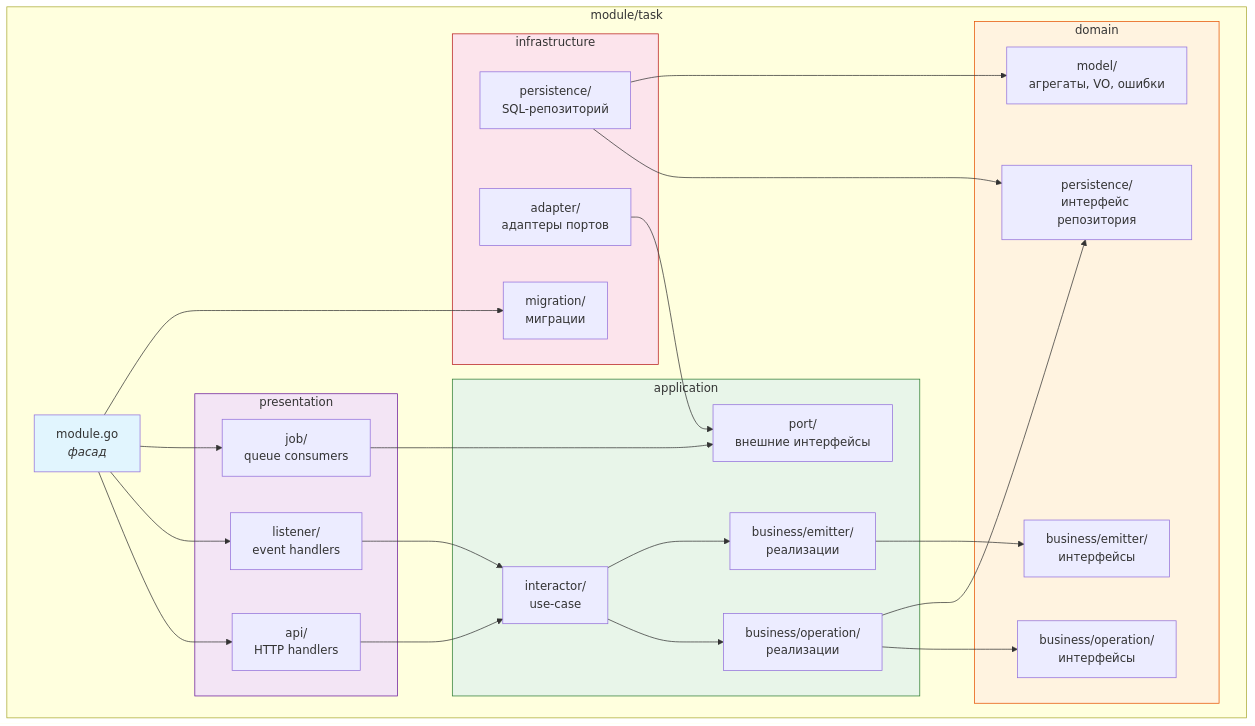
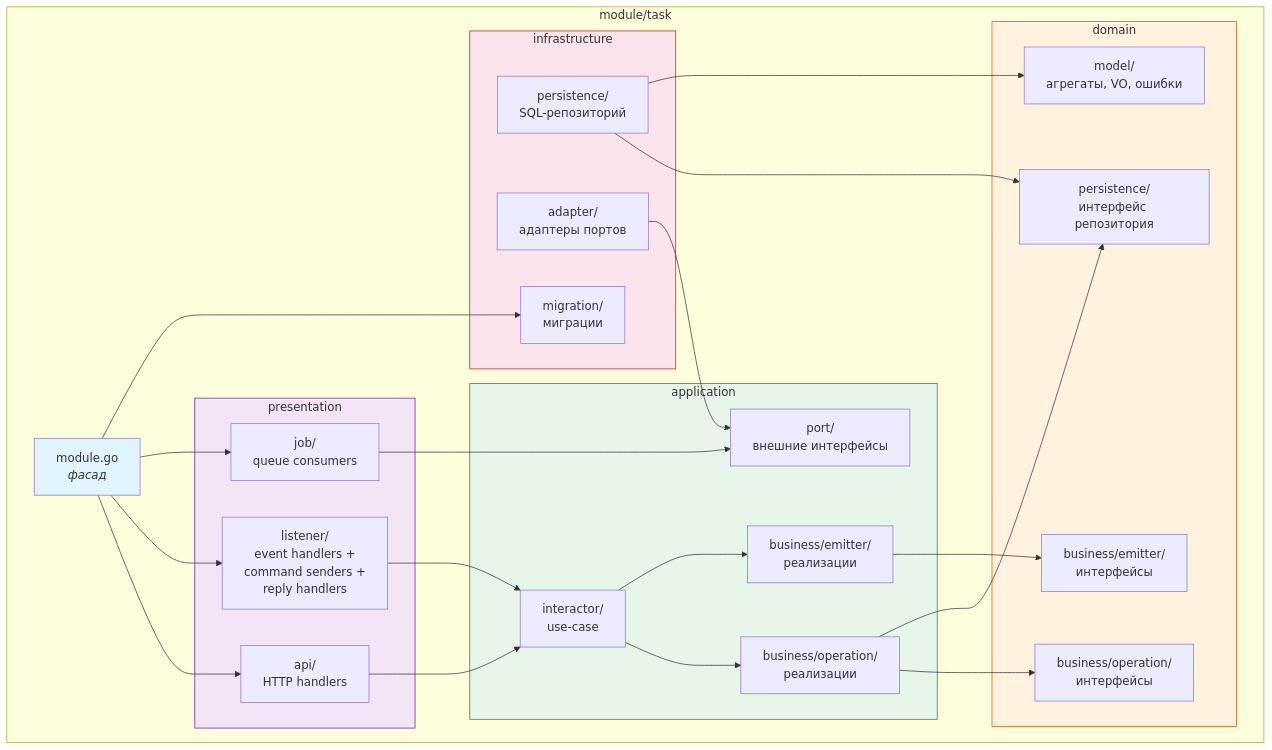
The fifth of 14 diagrams in README.md (shuldan/skeleton), drawn with Mermaid before and after one commit. The commit also changed other lines of this file, not shown here.

````diff
--- a/README.md
+++ b/README.md
@@ -275,57 +368,57 @@
 ```mermaid
 graph TB
     subgraph module["module/task"]
         FACADE["module.go<br/><i>фасад</i>"]
 
         subgraph presentation
             API["api/<br/>HTTP handlers"]
-            LST["listener/<br/>event handlers"]
+            LST["listener/<br/>event handlers +<br/>command senders +<br/>reply handlers"]
             JOB["job/<br/>queue consumers"]
         end
 
         subgraph application
             INT["interactor/<br/>use-case"]
             BIZ_OP["business/operation/<br/>реализации"]
             BIZ_EM["business/emitter/<br/>реализации"]
             PORT["port/<br/>внешние интерфейсы"]
         end
 
         subgraph domain
             MDL["model/<br/>агрегаты, VO, ошибки"]
             PER["persistence/<br/>интерфейс репозитория"]
             D_OP["business/operation/<br/>интерфейсы"]
             D_EM["business/emitter/<br/>интерфейсы"]
         end
 
         subgraph infrastructure
             I_PER["persistence/<br/>SQL-репозиторий"]
             MIG["migration/<br/>миграции"]
             ADP["adapter/<br/>адаптеры портов"]
         end
 
         API --> INT
         LST --> INT
         JOB --> PORT
 
         INT --> BIZ_OP
         INT --> BIZ_EM
         BIZ_OP --> D_OP
         BIZ_EM --> D_EM
         BIZ_OP --> PER
 
         I_PER --> PER
         I_PER --> MDL
         ADP --> PORT
 
         FACADE --> API
         FACADE --> LST
         FACADE --> JOB
         FACADE --> MIG
     end
 
     style FACADE fill:#e1f5fe
     style domain fill:#fff3e0,stroke:#e65100
     style application fill:#e8f5e9,stroke:#2e7d32
     style presentation fill:#f3e5f5,stroke:#6a1b9a
     style infrastructure fill:#fce4ec,stroke:#b71c1c
 ```
````
